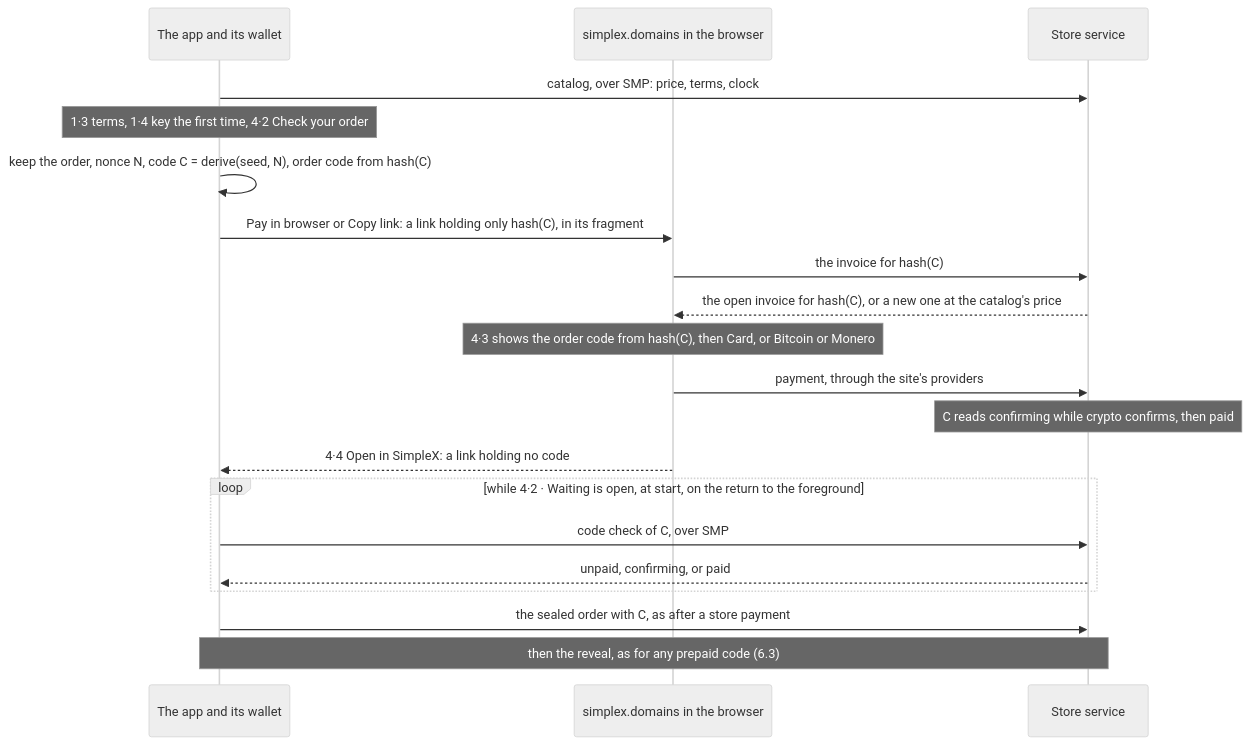
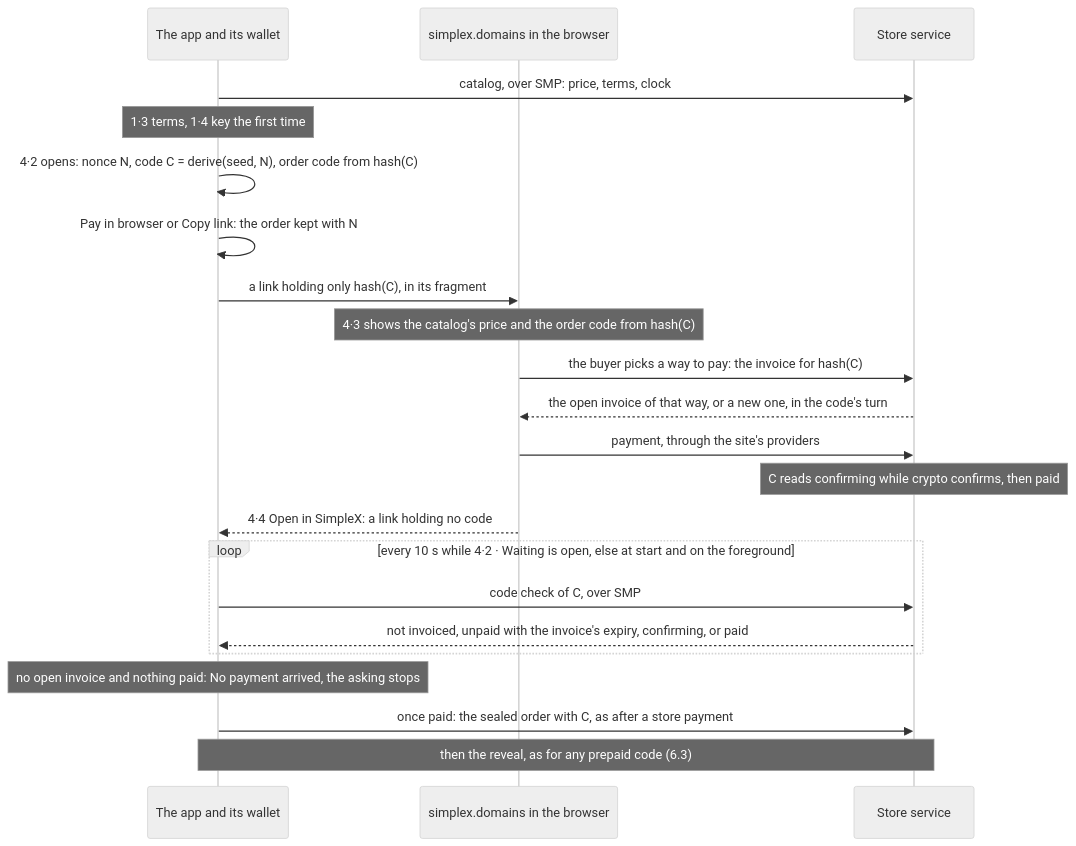
One commit to simplex-chat/simplex-chat changed the third of 3 diagrams in plans/2026-10-30-names-in-app-purchases.md. Above: the diagram before and after it, drawn with Mermaid (neutral theme). The commit also changed other lines of this file, not shown here.

Commit message:
docs: names plan sets the browser payment's invoice, waiting and refund rules

````diff
--- a/plans/2026-10-30-names-in-app-purchases.md
+++ b/plans/2026-10-30-names-in-app-purchases.md
@@ -713,22 +718,24 @@
 ```mermaid
 sequenceDiagram
   participant App as The app and its wallet
   participant Page as simplex.domains in the browser
   participant Svc as Store service
   App->>Svc: catalog, over SMP: price, terms, clock
-  Note over App: 1·3 terms, 1·4 key the first time, 4·2 Check your order
-  App->>App: keep the order, nonce N, code C = derive(seed, N), order code from hash(C)
-  App->>Page: Pay in browser or Copy link: a link holding only hash(C), in its fragment
-  Page->>Svc: the invoice for hash(C)
-  Svc-->>Page: the open invoice for hash(C), or a new one at the catalog's price
-  Note over Page: 4·3 shows the order code from hash(C), then Card, or Bitcoin or Monero
+  Note over App: 1·3 terms, 1·4 key the first time
+  App->>App: 4·2 opens: nonce N, code C = derive(seed, N), order code from hash(C)
+  App->>App: Pay in browser or Copy link: the order kept with N
+  App->>Page: a link holding only hash(C), in its fragment
+  Note over Page: 4·3 shows the catalog's price and the order code from hash(C)
+  Page->>Svc: the buyer picks a way to pay: the invoice for hash(C)
+  Svc-->>Page: the open invoice of that way, or a new one, in the code's turn
   Page->>Svc: payment, through the site's providers
   Note over Svc: C reads confirming while crypto confirms, then paid
   Page-->>App: 4·4 Open in SimpleX: a link holding no code
-  loop while 4·2 · Waiting is open, at start, on the return to the foreground
+  loop every 10 s while 4·2 · Waiting is open, else at start and on the foreground
     App->>Svc: code check of C, over SMP
-    Svc-->>App: unpaid, confirming, or paid
+    Svc-->>App: not invoiced, unpaid with the invoice's expiry, confirming, or paid
   end
-  App->>Svc: the sealed order with C, as after a store payment
+  Note over App: no open invoice and nothing paid: No payment arrived, the asking stops
+  App->>Svc: once paid: the sealed order with C, as after a store payment
   Note over App,Svc: then the reveal, as for any prepaid code (6.3)
 ```
````
